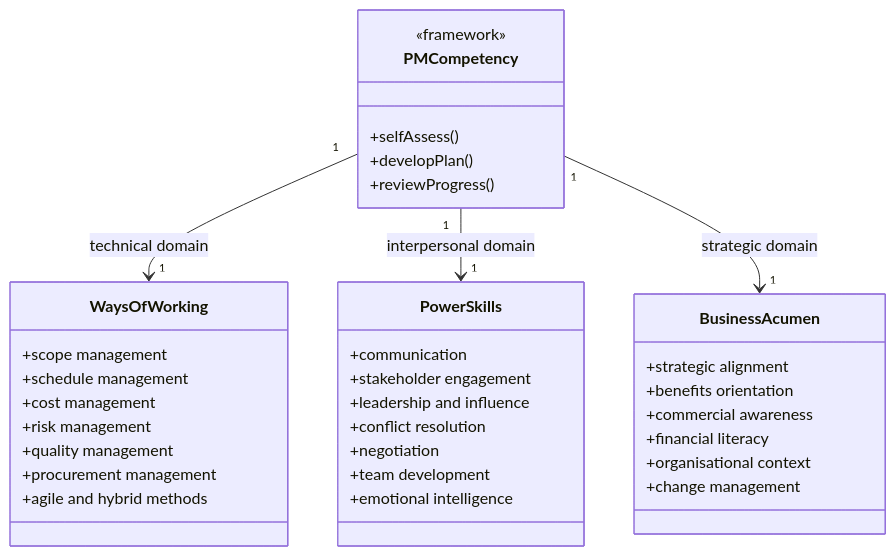
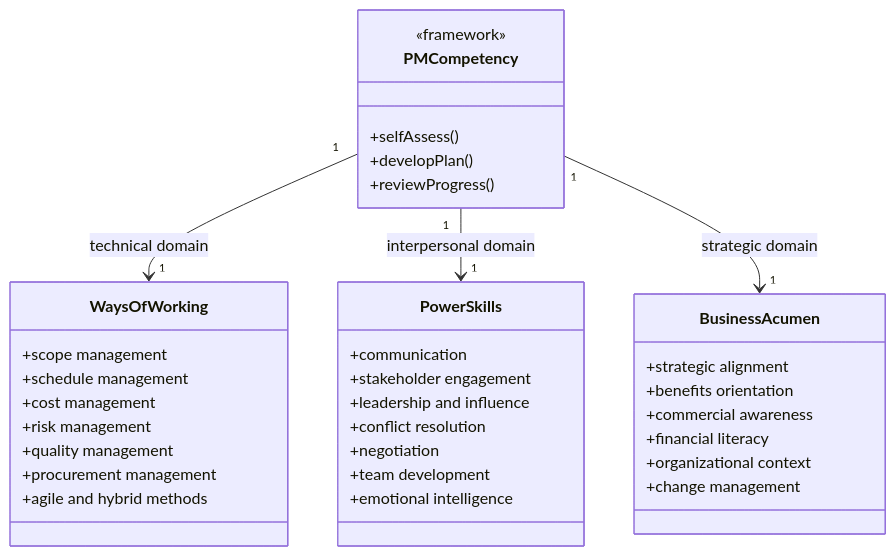
Before and after one commit to UncleJS/course_projectManagement: the diagram in modules/15b-professional-practice.md, drawn with Mermaid. The commit also changed other lines of this file and 63 other files, not shown here.

````diff
--- a/modules/15b-professional-practice.md
+++ b/modules/15b-professional-practice.md
@@ -77,38 +77,38 @@
 ```mermaid
 classDiagram
     class PMCompetency {
         <<framework>>
         +selfAssess()
         +developPlan()
         +reviewProgress()
     }
     class WaysOfWorking {
         +scope management
         +schedule management
         +cost management
         +risk management
         +quality management
         +procurement management
         +agile and hybrid methods
     }
     class PowerSkills {
         +communication
         +stakeholder engagement
         +leadership and influence
         +conflict resolution
         +negotiation
         +team development
         +emotional intelligence
     }
     class BusinessAcumen {
         +strategic alignment
         +benefits orientation
         +commercial awareness
         +financial literacy
-        +organisational context
+        +organizational context
         +change management
     }
     PMCompetency "1" --> "1" WaysOfWorking : technical domain
     PMCompetency "1" --> "1" PowerSkills : interpersonal domain
     PMCompetency "1" --> "1" BusinessAcumen : strategic domain
 ```
````
